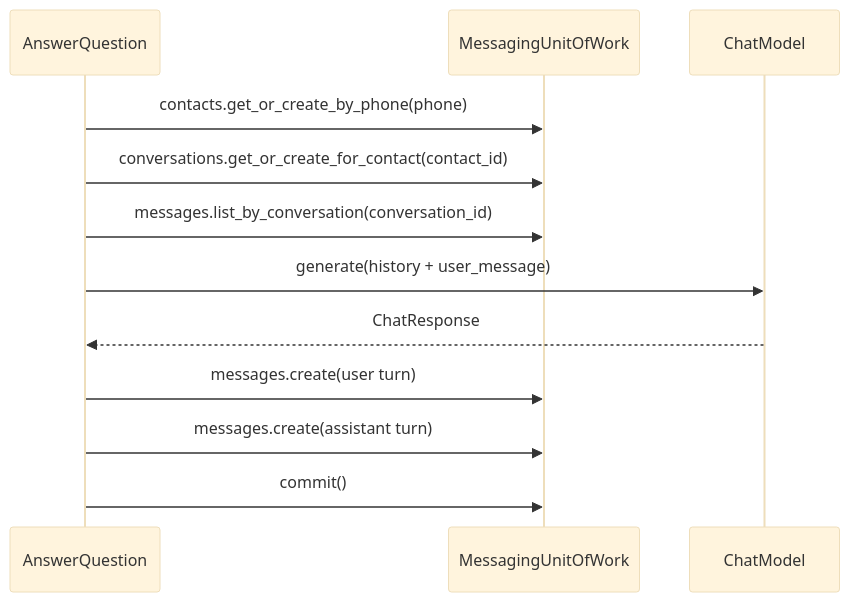
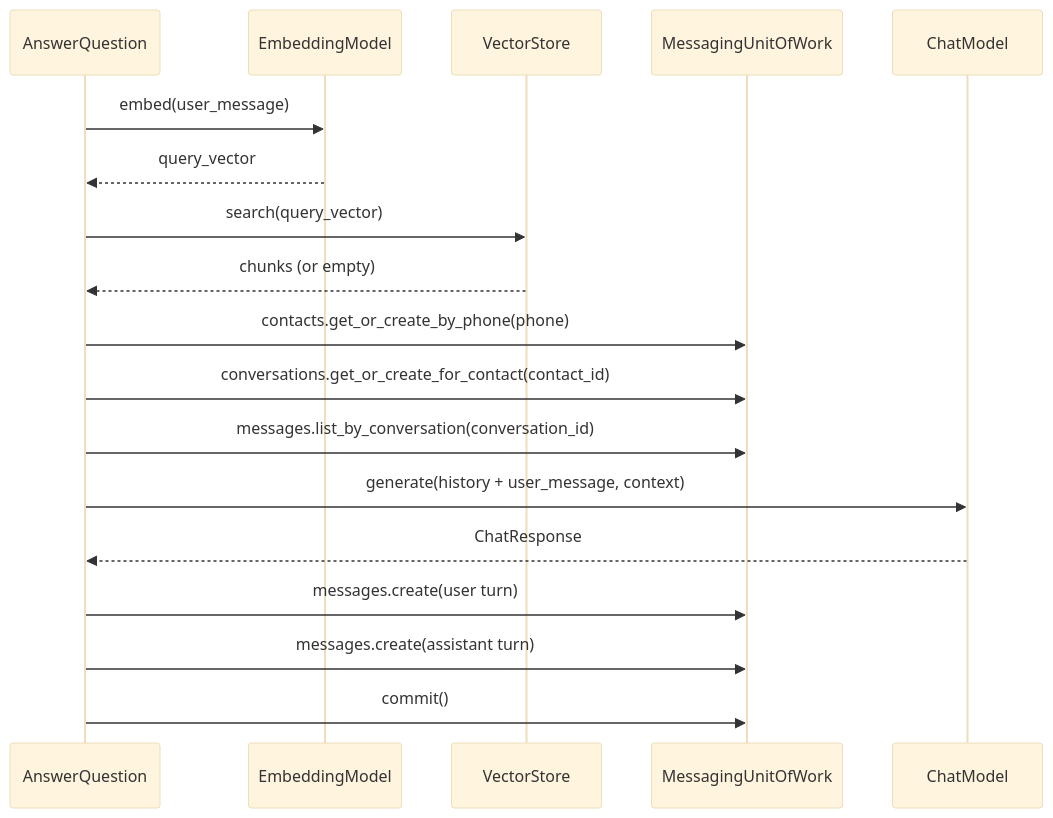
Before and after one commit to camercadop/knowledge-support-ai-agent: the first of 2 diagrams in app/application/support/README.md, drawn with Mermaid (base theme). The commit also changed 5 other files, not shown here.

````diff
--- a/app/application/support/README.md
+++ b/app/application/support/README.md
@@ -15,15 +15,21 @@
 ```mermaid
 sequenceDiagram
     participant UC as AnswerQuestion
+    participant Embed as EmbeddingModel
+    participant VS as VectorStore
     participant UoW as MessagingUnitOfWork
     participant LLM as ChatModel
 
+    UC->>Embed: embed(user_message)
+    Embed-->>UC: query_vector
+    UC->>VS: search(query_vector)
+    VS-->>UC: chunks (or empty)
     UC->>UoW: contacts.get_or_create_by_phone(phone)
     UC->>UoW: conversations.get_or_create_for_contact(contact_id)
     UC->>UoW: messages.list_by_conversation(conversation_id)
-    UC->>LLM: generate(history + user_message)
+    UC->>LLM: generate(history + user_message, context)
     LLM-->>UC: ChatResponse
     UC->>UoW: messages.create(user turn)
     UC->>UoW: messages.create(assistant turn)
     UC->>UoW: commit()
 ```
````
